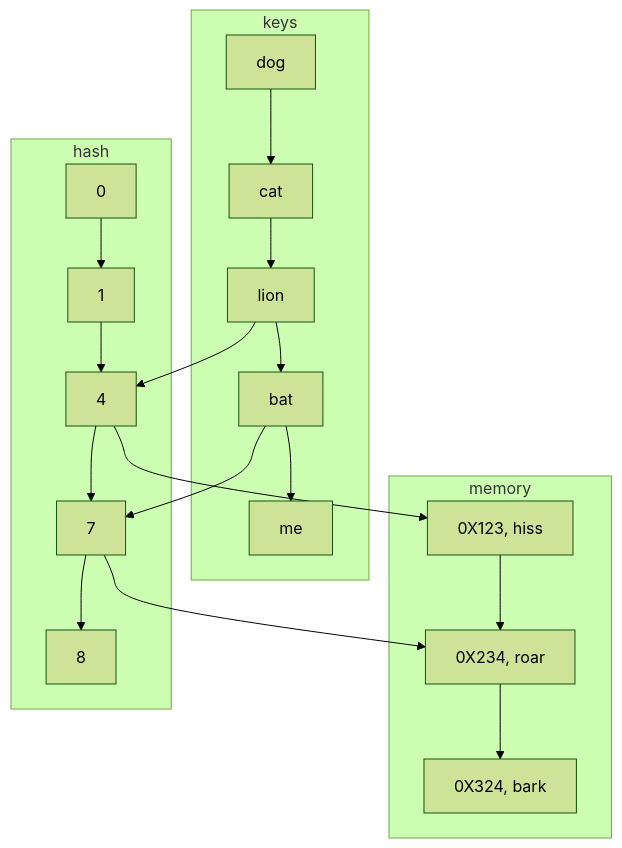
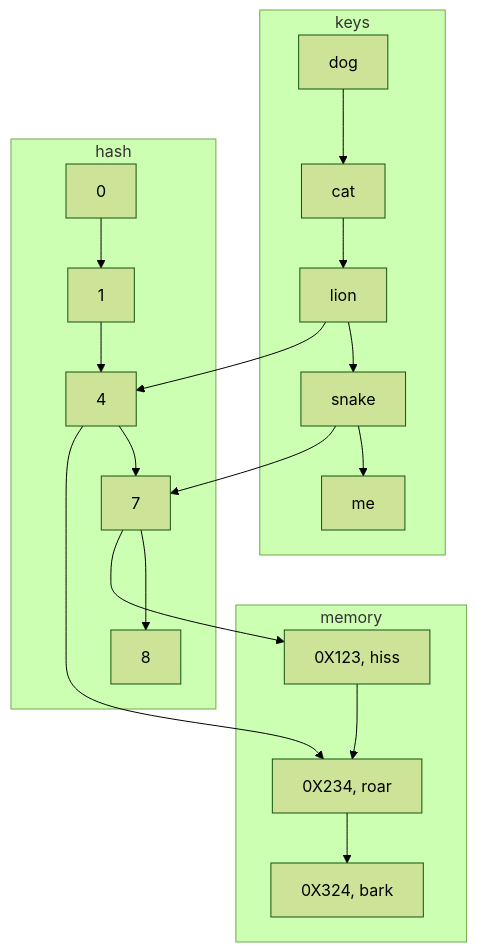
The diagram in content/posts/hashing.md (hanchau/glogging_v3), drawn with Mermaid (forest theme) before and after one commit.

Commit message:
pushing changes to the post

```diff
--- a/content/posts/hashing.md
+++ b/content/posts/hashing.md
@@ -64,16 +64,16 @@
 {{< mermaid >}}
 
 graph TB
-    lion --> 4 --> A
-    bat --> 7 --> B
+    lion --> 4 --> B
+    snake --> 7 --> A
     subgraph keys
-    dog --> cat --> lion --> bat --> me
+    dog --> cat --> lion --> snake --> me
     end
     subgraph hash
     0 --> 1 --> 4 -->7 -->8
     end
     subgraph memory
     A["0X123, hiss"] --> B["0X234, roar"] --> C["0X324, bark"]
     end
 
 {{< /mermaid >}}
```
